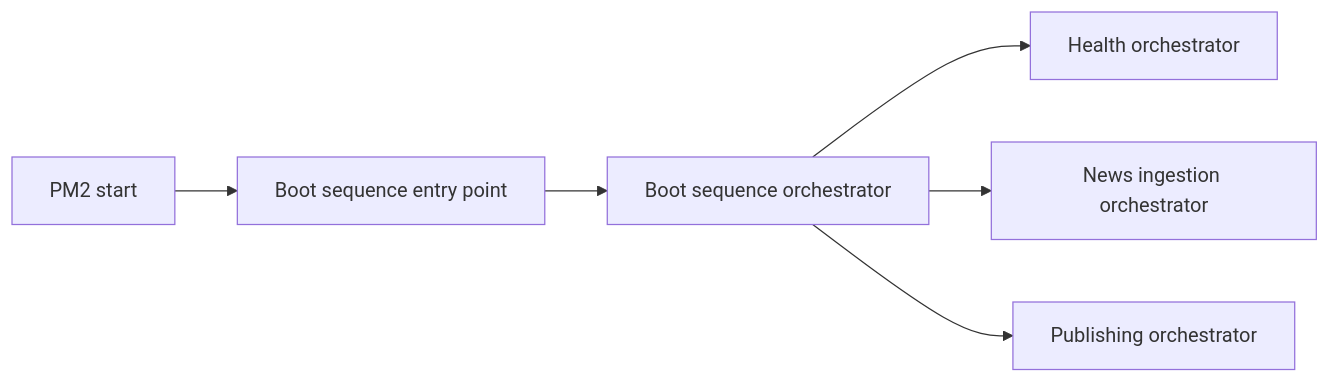
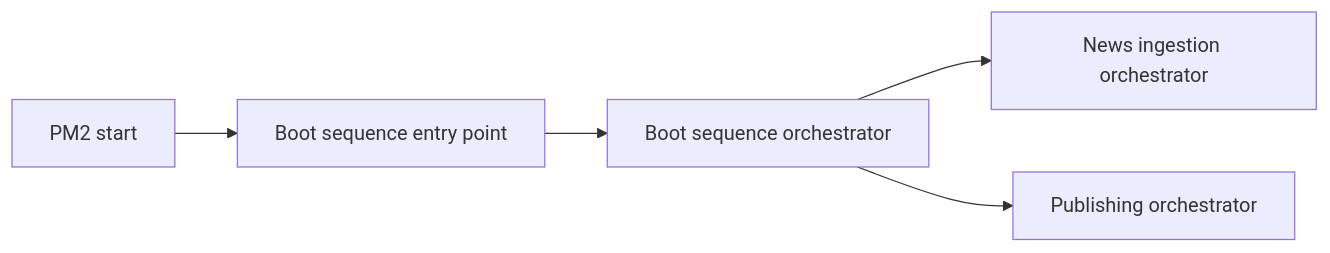
The third of 3 diagrams in docs/system/SystemArchitectureDiagram.md (Romkoos/new-bot-be), drawn with Mermaid before and after one commit. The commit also changed other lines of this file and 35 other files, not shown here.

````diff
--- a/docs/system/SystemArchitectureDiagram.md
+++ b/docs/system/SystemArchitectureDiagram.md
@@ -80,15 +75,13 @@
 ```mermaid
 flowchart LR
   PM2[PM2 start]
   BootEntry[Boot sequence entry point]
   BootOrch[Boot sequence orchestrator]
-  Health[Health orchestrator]
   Ingest[News ingestion orchestrator]
   Publish[Publishing orchestrator]
 
   PM2 --> BootEntry
   BootEntry --> BootOrch
-  BootOrch --> Health
   BootOrch --> Ingest
   BootOrch --> Publish
 ```
````
